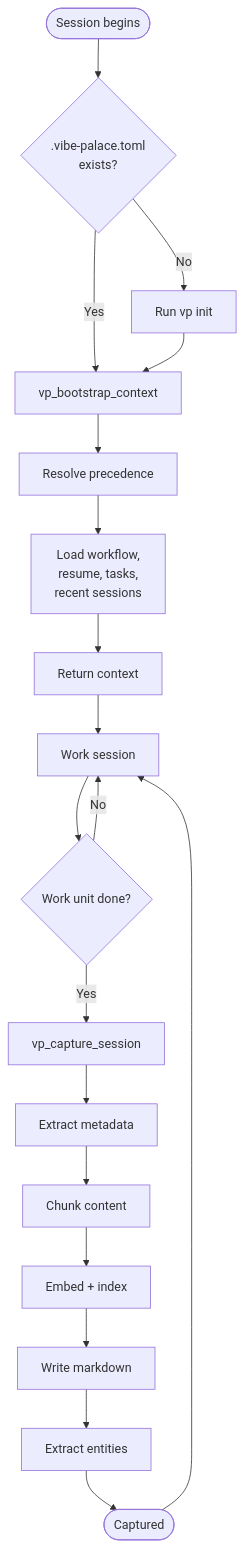
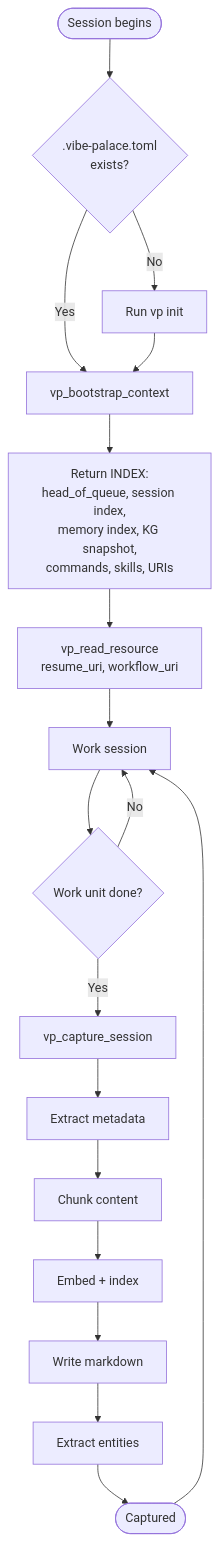
One commit to suykerbuyk/vibe-palace changed the ninth of 12 diagrams in doc/PRD-vibe-palace.md. Above: the diagram before and after it, drawn with Mermaid. The commit also changed other lines of this file and 32 other files, not shown here.

````diff
--- a/doc/PRD-vibe-palace.md
+++ b/doc/PRD-vibe-palace.md
@@ -575,25 +623,23 @@
 ```mermaid
 flowchart TD
     START([Session begins])
     START --> DETECT{".vibe-palace.toml<br/>exists?"}
     DETECT -->|No| INIT["Run vp init"]
     DETECT -->|Yes| BOOT["vp_bootstrap_context"]
     INIT --> BOOT
 
-    BOOT --> PREC["Resolve precedence"]
-    PREC --> LOAD["Load workflow,<br/>resume, tasks,<br/>recent sessions"]
-    LOAD --> INJECT["Return context"]
-
-    INJECT --> WORK["Work session"]
+    BOOT --> IDX["Return INDEX:<br/>head_of_queue, session index,<br/>memory index, KG snapshot,<br/>commands, skills, URIs"]
+    IDX --> FETCH["vp_read_resource<br/>resume_uri, workflow_uri"]
+    FETCH --> WORK["Work session"]
     WORK --> END{"Work unit done?"}
     END -->|No| WORK
     END -->|Yes| CAP["vp_capture_session"]
 
     CAP --> META["Extract metadata"]
     META --> CHUNK["Chunk content"]
     CHUNK --> EMBED["Embed + index"]
     EMBED --> VAULT["Write markdown"]
     VAULT --> KG["Extract entities"]
     KG --> DONE([Captured])
     DONE --> WORK
 ```
````
